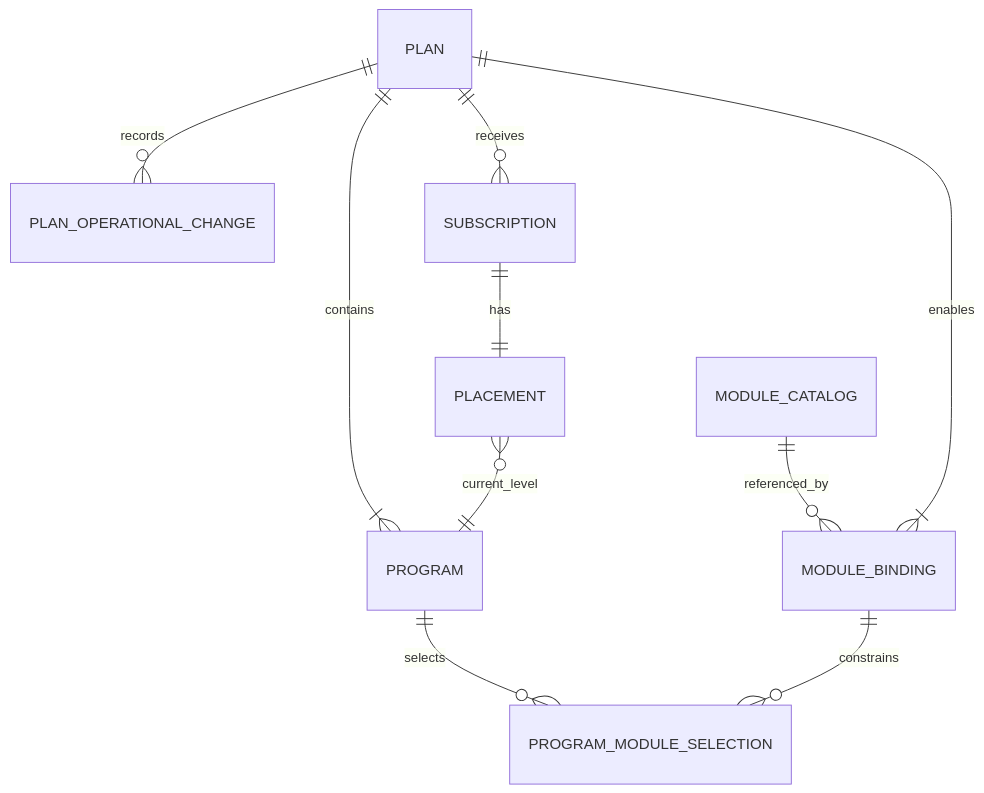
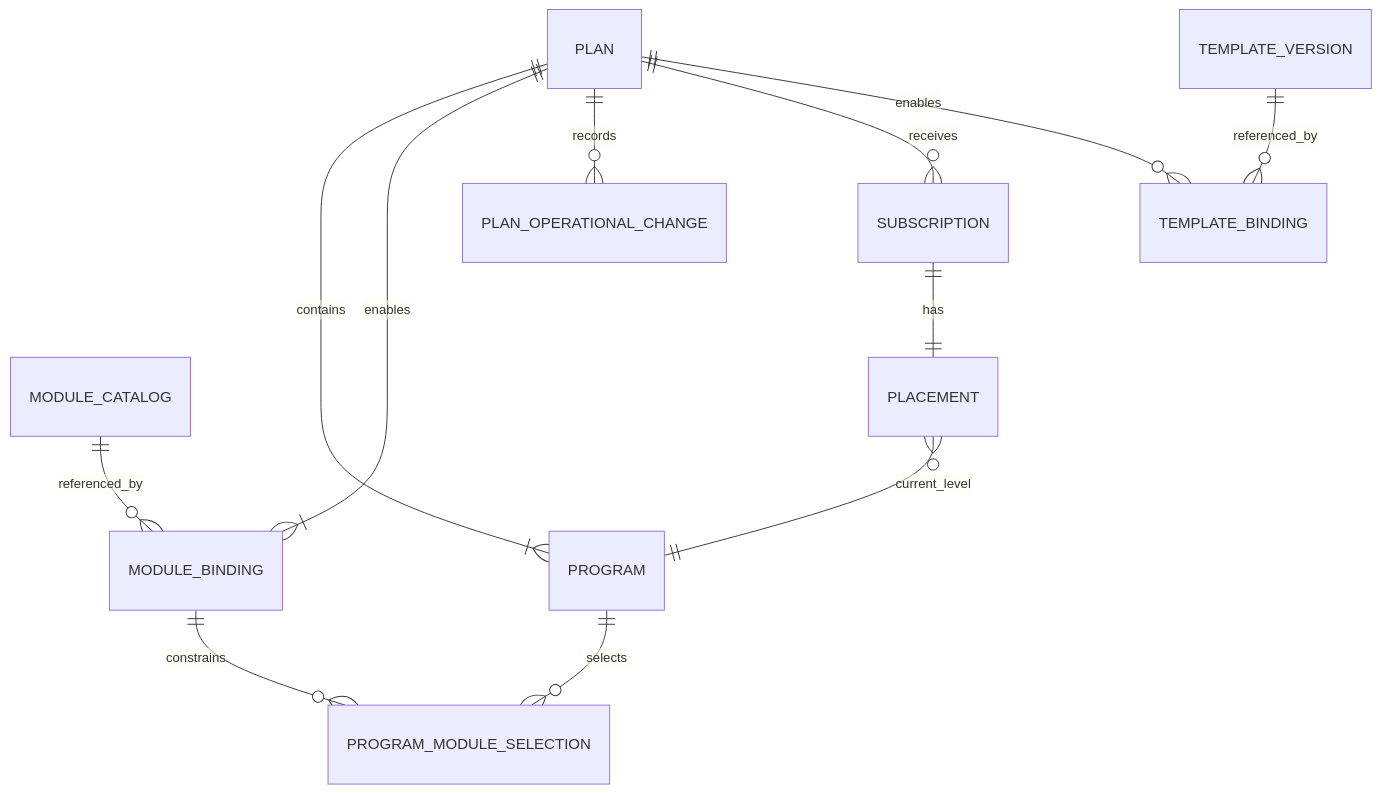
The first of 3 diagrams in docs/bds/plans-and-subscriptions.bds.md (MMTech-Solutions/ib-service), drawn with Mermaid before and after one commit. The commit also changed other lines of this file and 67 other files, not shown here.

Commit message:
feat(plans): expose permanent template version bindings

````diff
--- a/docs/bds/plans-and-subscriptions.bds.md
+++ b/docs/bds/plans-and-subscriptions.bds.md
@@ -53,12 +56,14 @@
 ```mermaid
 erDiagram
     MODULE_CATALOG ||--o{ MODULE_BINDING : referenced_by
     PLAN ||--|{ PROGRAM : contains
     PLAN ||--|{ MODULE_BINDING : enables
     PLAN ||--o{ PLAN_OPERATIONAL_CHANGE : records
     PROGRAM ||--o{ PROGRAM_MODULE_SELECTION : selects
     MODULE_BINDING ||--o{ PROGRAM_MODULE_SELECTION : constrains
     PLAN ||--o{ SUBSCRIPTION : receives
+    PLAN ||--o{ TEMPLATE_BINDING : enables
+    TEMPLATE_VERSION ||--o{ TEMPLATE_BINDING : referenced_by
     SUBSCRIPTION ||--|| PLACEMENT : has
     PLACEMENT }o--|| PROGRAM : current_level
 ```
````
